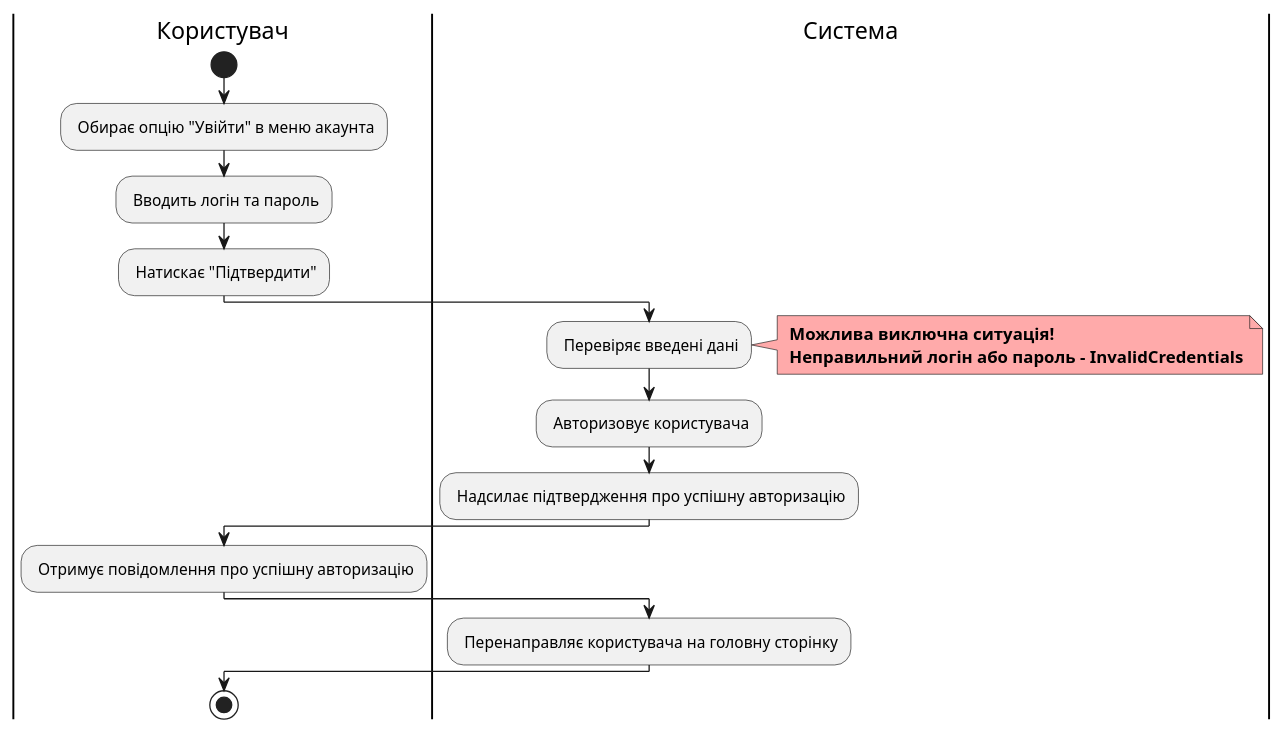
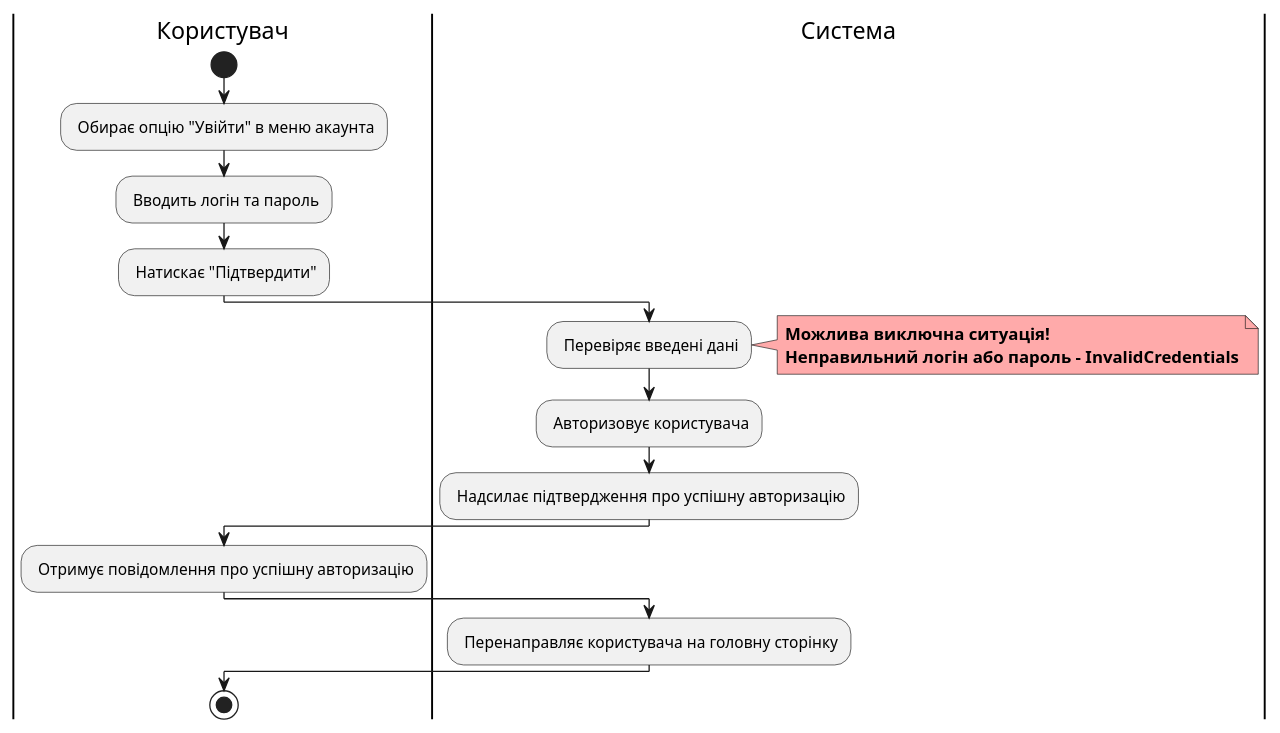
Before and after one commit to watashone/db-labs: diagram 12 of 19 in docs/use cases/README.md, drawn with PlantUML. The commit also changed other lines of this file, not shown here.

````diff
--- a/docs/use cases/README.md
+++ b/docs/use cases/README.md
@@ -375,23 +387,23 @@
 ```plantuml
 @startuml
     |Користувач|
         start
         : Обирає опцію "Увійти" в меню акаунта;
         : Вводить логін та пароль;
         : Натискає "Підтвердити";
     |Система|
         : Перевіряє введені дані;
         note right #ffaaaa
-        <b> Можлива виключна ситуація!
-        <b> Неправильний логін або пароль - InvalidCredentials
+        <b>Можлива виключна ситуація!
+        <b>Неправильний логін або пароль - InvalidCredentials
         end note
         : Авторизовує користувача;
         : Надсилає підтвердження про успішну авторизацію;
     |Користувач|
         : Отримує повідомлення про успішну авторизацію;
     |Система|    
         : Перенаправляє користувача на головну сторінку;
     |Користувач|
         stop;
 @enduml
 ```
````
